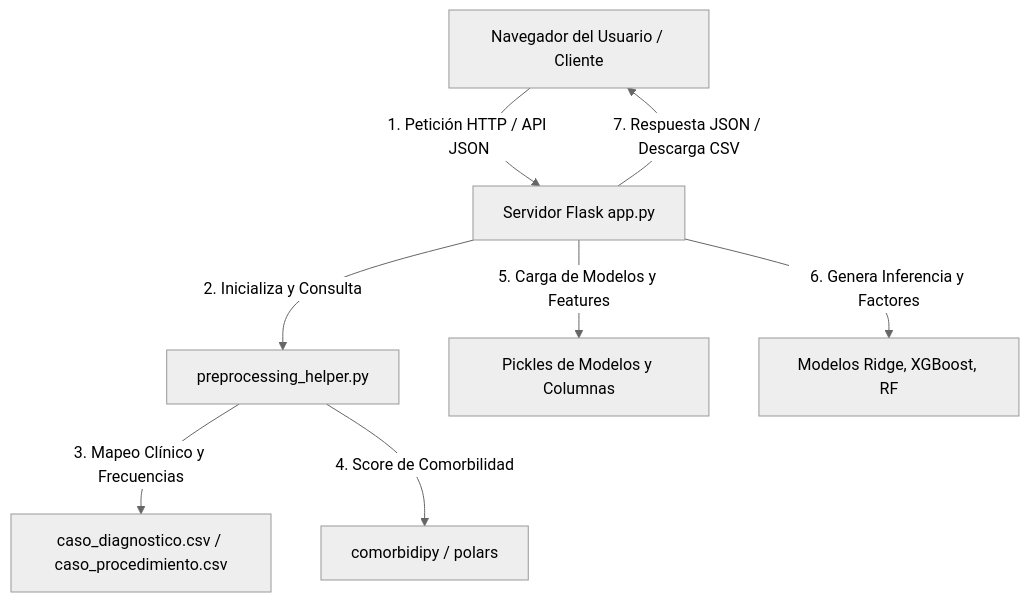
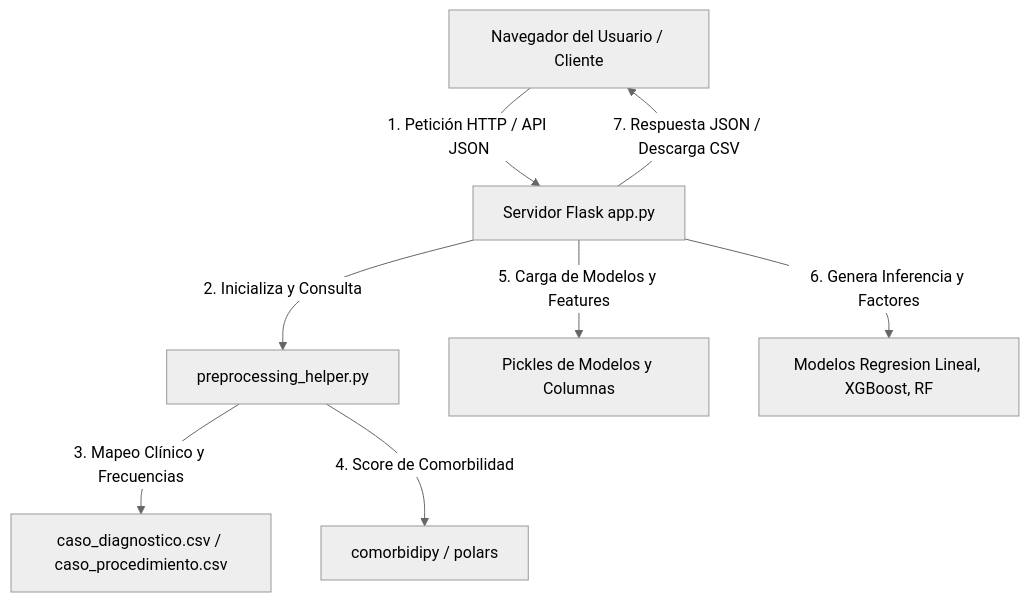
The diagram in Web/resumen_funcionamiento_web.md (dbarraza01/Capstone-Grupo-16-), drawn with Mermaid (neutral theme) before and after one commit. The commit also changed other lines of this file and 172 other files, not shown here.

````diff
--- a/Web/resumen_funcionamiento_web.md
+++ b/Web/resumen_funcionamiento_web.md
@@ -12,10 +12,10 @@
 ```mermaid
 graph TD
     A[Navegador del Usuario / Cliente] -->|1. Petición HTTP / API JSON| B[Servidor Flask app.py]
     B -->|2. Inicializa y Consulta| C[preprocessing_helper.py]
     C -->|3. Mapeo Clínico y Frecuencias| D[caso_diagnostico.csv / caso_procedimiento.csv]
     C -->|4. Score de Comorbilidad| E[comorbidipy / polars]
     B -->|5. Carga de Modelos y Features| F[Pickles de Modelos y Columnas]
-    B -->|6. Genera Inferencia y Factores| G[Modelos Ridge, XGBoost, RF]
+    B -->|6. Genera Inferencia y Factores| G[Modelos Regresion Lineal, XGBoost, RF]
     B -->|7. Respuesta JSON / Descarga CSV| A
 ```
````
